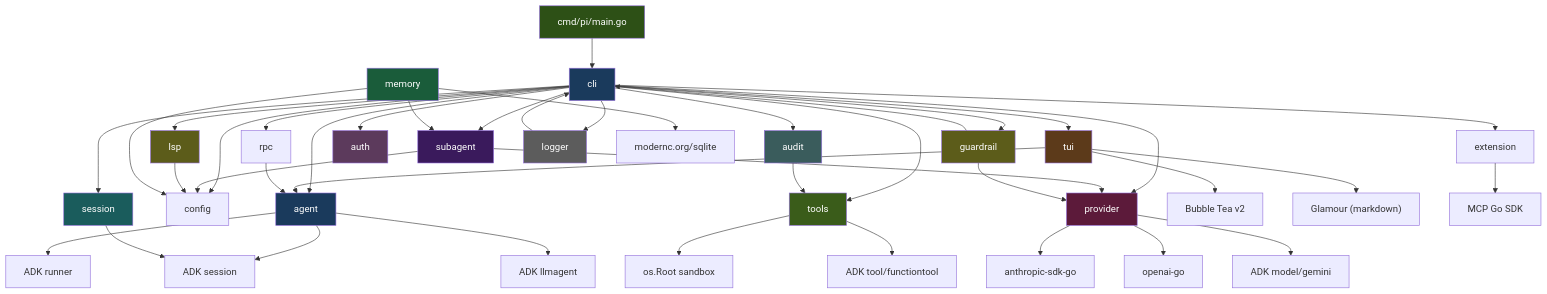
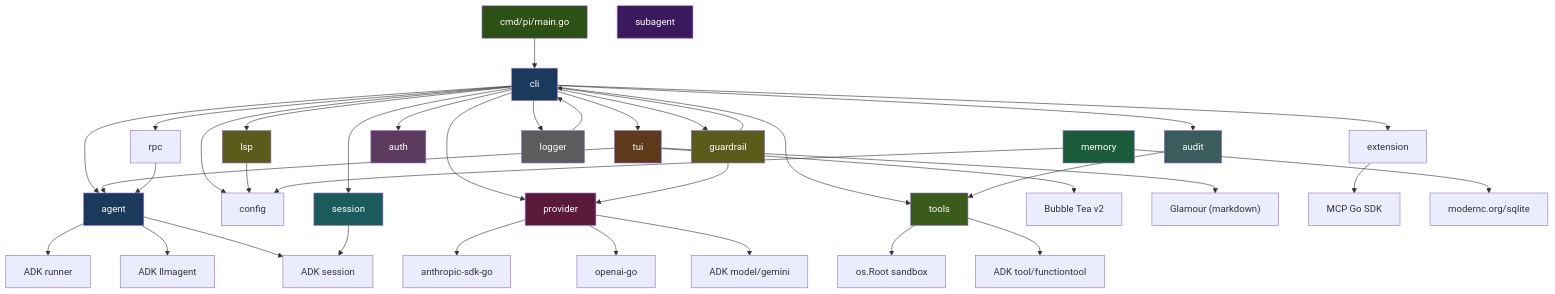
The first of 15 diagrams in ARCHITECTURE.md (Pizzaface/pi-go), drawn with Mermaid before and after one commit. The commit also changed other lines of this file and 53 other files, not shown here.

````diff
--- a/ARCHITECTURE.md
+++ b/ARCHITECTURE.md
@@ -33,70 +32,66 @@
 ```mermaid
 graph TD
     main["cmd/pi/main.go"] --> cli["cli"]
     cli --> agent["agent"]
     cli --> config["config"]
     cli --> provider["provider"]
     cli --> tools["tools"]
     cli --> extension["extension"]
     cli --> session["session"]
     cli --> tui["tui"]
     cli --> rpc["rpc"]
-    cli --> subagent["subagent"]
     cli --> lsp["lsp"]
     cli --> guardrail["guardrail"]
     cli --> auth["auth"]
     cli --> audit["audit"]
     cli --> logger["logger"]
 
     agent --> adk_runner["ADK runner"]
     agent --> adk_llmagent["ADK llmagent"]
     agent --> adk_session["ADK session"]
 
     provider --> anthropic_sdk["anthropic-sdk-go"]
     provider --> openai_sdk["openai-go"]
     provider --> adk_gemini["ADK model/gemini"]
 
     tools --> sandbox["os.Root sandbox"]
     tools --> adk_tool["ADK tool/functiontool"]
 
-    subagent --> config
-    subagent --> provider
 
     lsp --> config
 
     tui --> bubbletea["Bubble Tea v2"]
     tui --> glamour["Glamour (markdown)"]
     tui --> agent
 
     rpc --> agent
 
     extension --> mcp_sdk["MCP Go SDK"]
 
     session --> adk_session
 
     guardrail --> cli
     guardrail --> provider
 
     memory["memory"] --> sqlite["modernc.org/sqlite"]
-    memory --> subagent
     memory --> config
 
     audit --> tools
 
     logger --> cli
 
     style main fill:#2d5016,color:#fff
     style cli fill:#1a3a5c,color:#fff
     style agent fill:#1a3a5c,color:#fff
     style provider fill:#5c1a3a,color:#fff
     style tools fill:#3a5c1a,color:#fff
     style tui fill:#5c3a1a,color:#fff
     style session fill:#1a5c5c,color:#fff
     style subagent fill:#3a1a5c,color:#fff
     style lsp fill:#5c5c1a,color:#fff
     style guardrail fill:#5c5c1a,color:#fff
     style auth fill:#5c3a5c,color:#fff
     style audit fill:#3a5c5c,color:#fff
     style logger fill:#5c5c5c,color:#fff
     style memory fill:#1a5c3a,color:#fff
 ```
````
